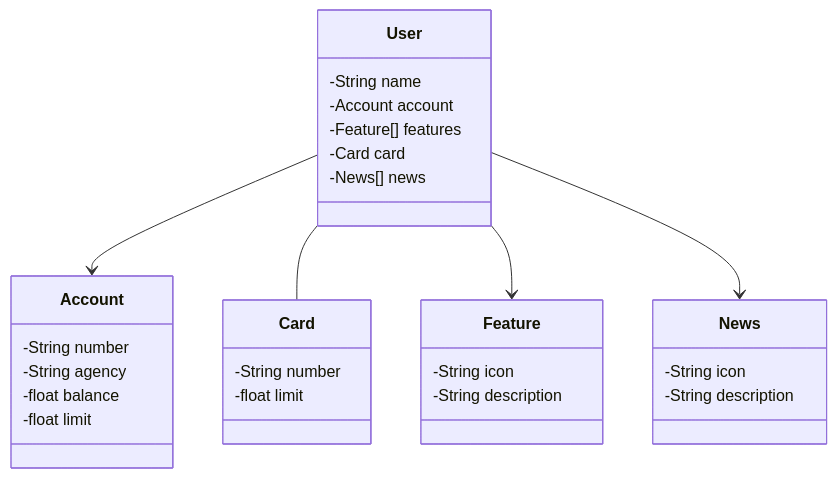
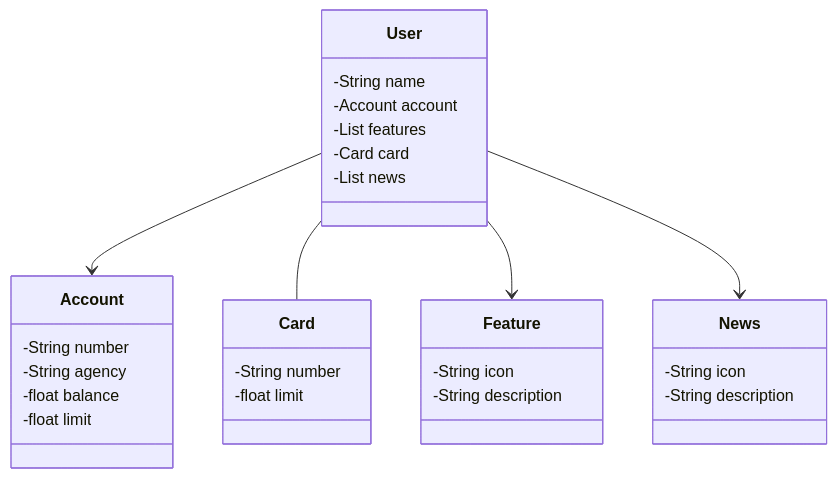
Before and after one commit to WFrauches89/projeto-spring-web-api: the diagram in README.md, drawn with Mermaid.

````diff
--- a/README.md
+++ b/README.md
@@ -5,38 +5,38 @@
 ```mermaid
 classDiagram
     class User {
         -String name
         -Account account
-        -Feature[] features
+        -List<Feature> features
         -Card card
-        -News[] news
+        -List<News> news
     }
     
     class Account {
         -String number
         -String agency
         -float balance
         -float limit
     }
     
     class Card {
         -String number
         -float limit
     }
     
     class Feature {
         -String icon
         -String description
     }
     
     class News {
         -String icon
         -String description
     }
 
     User --> Account
     User -- Card
     User --> Feature
     User --> News
 
 ```
````
